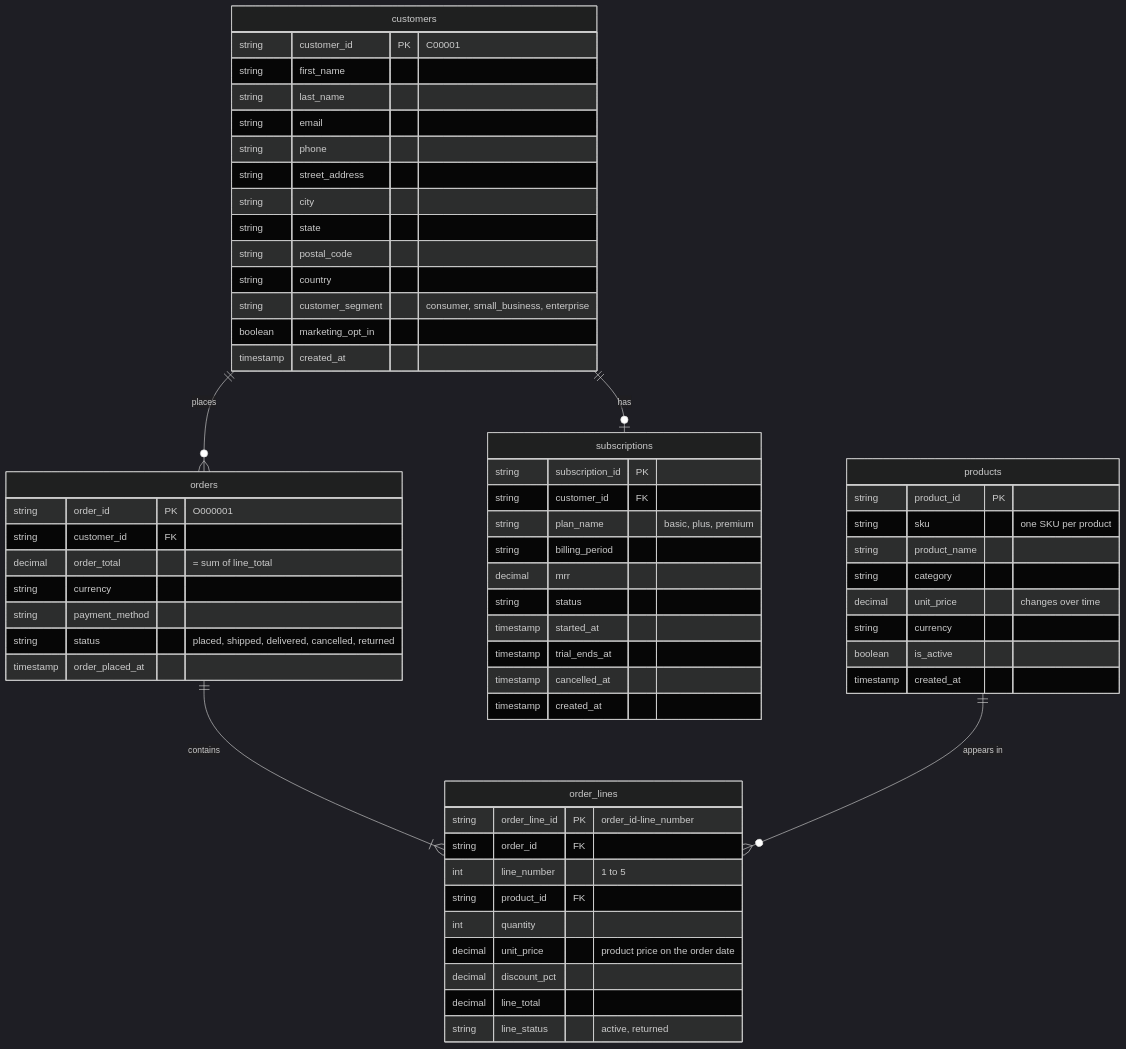
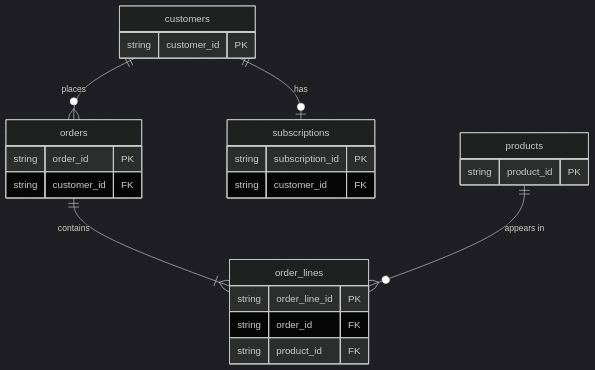
Before and after one commit to armandpl1/ecom-data-modeling-project: the diagram in scripts/raw_data/RAW_TABLES.md, drawn with Mermaid (dark theme). The commit also changed other lines of this file, not shown here.

First line of the commit message:
docs: show only keys in raw ER diagram, list columns in tables

````diff
--- a/scripts/raw_data/RAW_TABLES.md
+++ b/scripts/raw_data/RAW_TABLES.md
@@ -8,69 +8,28 @@
 ```mermaid
+%%{init: {"er": {"fontSize": 18}}}%%
 erDiagram
     customers ||--o{ orders : "places"
     customers ||--o| subscriptions : "has"
     orders ||--|{ order_lines : "contains"
     products ||--o{ order_lines : "appears in"
 
     customers {
-        string customer_id PK "C00001"
-        string first_name
-        string last_name
-        string email
-        string phone
-        string street_address
-        string city
-        string state
-        string postal_code
-        string country
-        string customer_segment "consumer, small_business, enterprise"
-        boolean marketing_opt_in
-        timestamp created_at
+        string customer_id PK
     }
-
     products {
         string product_id PK
-        string sku "one SKU per product"
-        string product_name
-        string category
-        decimal unit_price "changes over time"
-        string currency
-        boolean is_active
-        timestamp created_at
     }
-
     orders {
-        string order_id PK "O000001"
+        string order_id PK
         string customer_id FK
-        decimal order_total "= sum of line_total"
-        string currency
-        string payment_method
-        string status "placed, shipped, delivered, cancelled, returned"
-        timestamp order_placed_at
     }
-
     order_lines {
-        string order_line_id PK "order_id-line_number"
+        string order_line_id PK
         string order_id FK
-        int line_number "1 to 5"
         string product_id FK
-        int quantity
-        decimal unit_price "product price on the order date"
-        decimal discount_pct
-        decimal line_total
-        string line_status "active, returned"
     }
-
     subscriptions {
         string subscription_id PK
         string customer_id FK
-        string plan_name "basic, plus, premium"
-        string billing_period
-        decimal mrr
-        string status
-        timestamp started_at
-        timestamp trial_ends_at
-        timestamp cancelled_at
-        timestamp created_at
     }
 ```
````
